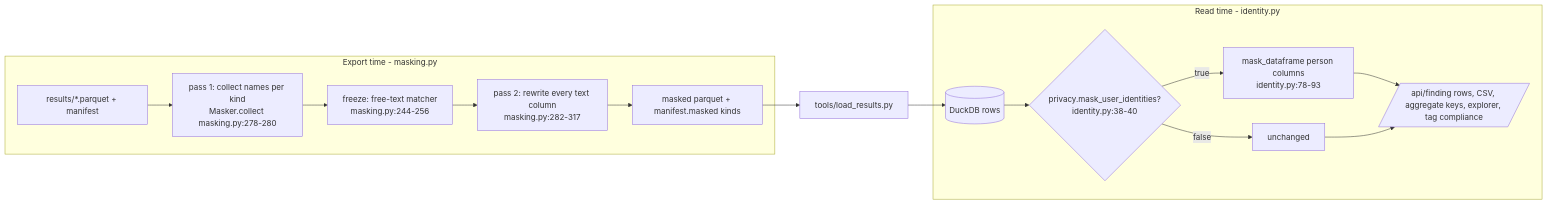
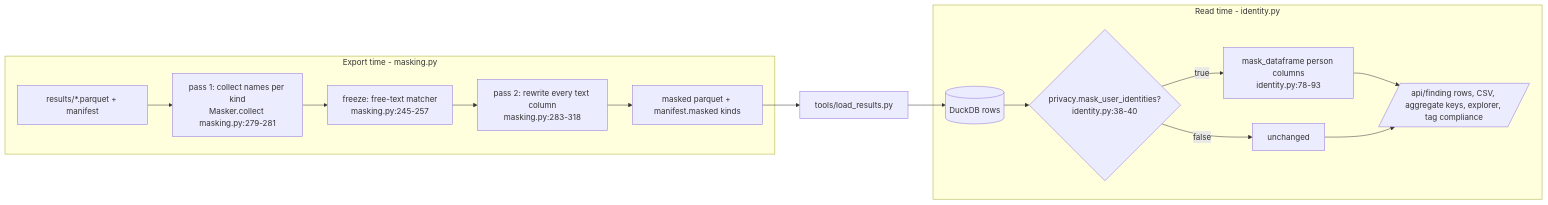
One commit to darshanmeel/snowflake-audit-app changed the diagram in snowflake-audit-app-knowledge-graph/logic/masking.md. Above: the diagram before and after it, drawn with Mermaid. The commit also changed other lines of this file and 36 other files, not shown here.

Commit message:
Remap graph and technical-doc cites to the current code

````diff
--- a/snowflake-audit-app-knowledge-graph/logic/masking.md
+++ b/snowflake-audit-app-knowledge-graph/logic/masking.md
@@ -5,17 +5,17 @@
 ```mermaid
 flowchart LR
   subgraph Export time - masking.py
-    PQ[results/*.parquet + manifest] --> C1[pass 1: collect names per kind<br/>Masker.collect masking.py:278-280]
-    C1 --> FR[freeze: free-text matcher<br/>masking.py:244-256]
-    FR --> C2[pass 2: rewrite every text column<br/>masking.py:282-317]
+    PQ[results/*.parquet + manifest] --> C1[pass 1: collect names per kind<br/>Masker.collect masking.py:279-281]
+    C1 --> FR[freeze: free-text matcher<br/>masking.py:245-257]
+    FR --> C2[pass 2: rewrite every text column<br/>masking.py:283-318]
     C2 --> OUT[masked parquet + manifest.masked kinds]
   end
   subgraph Read time - identity.py
     DB[(DuckDB rows)] --> ON{privacy.mask_user_identities?<br/>identity.py:38-40}
     ON -->|true| MD[mask_dataframe person columns<br/>identity.py:78-93]
     ON -->|false| PASS[unchanged]
     MD --> JSON[/api/finding rows, CSV, aggregate keys, explorer, tag compliance/]
     PASS --> JSON
   end
   OUT --> LOAD[tools/load_results.py] --> DB
 ```
````
